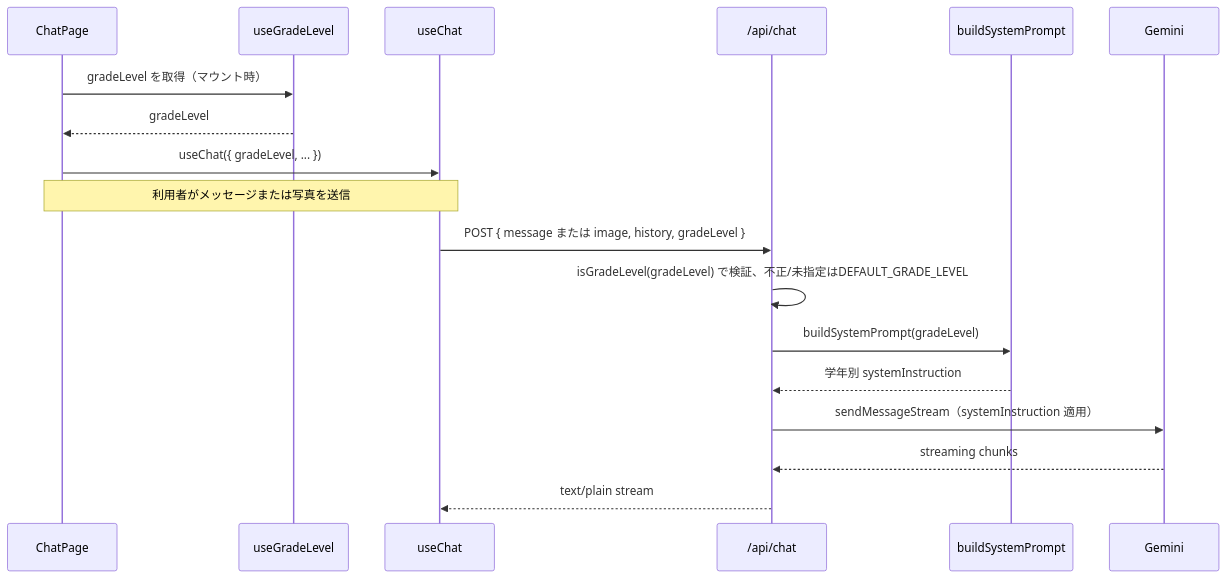
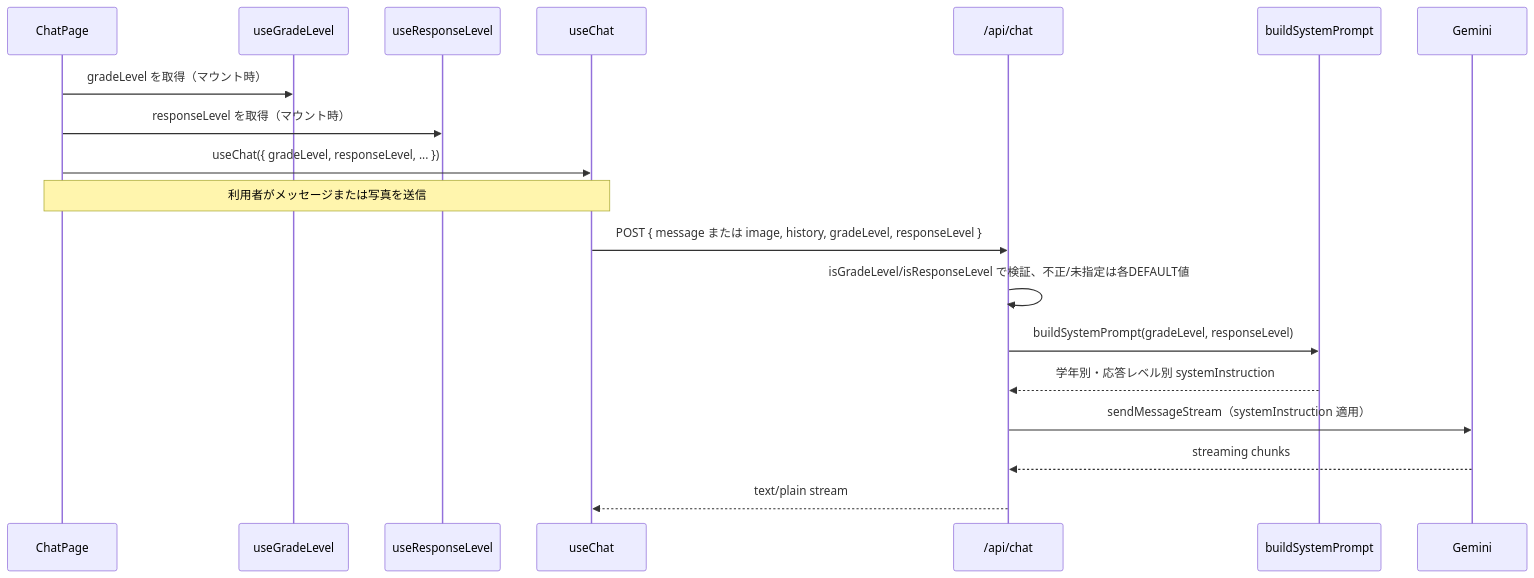
Before and after one commit to hayashida/my-coach-app: the third of 3 diagrams in .kiro/specs/grade-level-coaching/design.md, drawn with Mermaid. The commit also changed other lines of this file and 2 other files, not shown here.

First line of the commit message:
docs(grade-level-coaching): 応答レベル機能のrequirements/design/researchを更新

````diff
--- a/.kiro/specs/grade-level-coaching/design.md
+++ b/.kiro/specs/grade-level-coaching/design.md
@@ -201,21 +228,22 @@
 ```mermaid
 sequenceDiagram
     participant ChatPage_comp as ChatPage
     participant useGradeLevel_hook as useGradeLevel
+    participant useResponseLevel_hook as useResponseLevel
     participant useChat_hook as useChat
     participant ChatRoute as /api/chat
     participant SystemPrompt_lib as buildSystemPrompt
     participant GeminiAPI as Gemini
 
     ChatPage_comp->>useGradeLevel_hook: gradeLevel を取得（マウント時）
-    useGradeLevel_hook-->>ChatPage_comp: gradeLevel
-    ChatPage_comp->>useChat_hook: useChat({ gradeLevel, ... })
+    ChatPage_comp->>useResponseLevel_hook: responseLevel を取得（マウント時）
+    ChatPage_comp->>useChat_hook: useChat({ gradeLevel, responseLevel, ... })
     Note over ChatPage_comp,useChat_hook: 利用者がメッセージまたは写真を送信
-    useChat_hook->>ChatRoute: POST { message または image, history, gradeLevel }
-    ChatRoute->>ChatRoute: isGradeLevel(gradeLevel) で検証、不正/未指定はDEFAULT_GRADE_LEVEL
-    ChatRoute->>SystemPrompt_lib: buildSystemPrompt(gradeLevel)
-    SystemPrompt_lib-->>ChatRoute: 学年別 systemInstruction
+    useChat_hook->>ChatRoute: POST { message または image, history, gradeLevel, responseLevel }
+    ChatRoute->>ChatRoute: isGradeLevel/isResponseLevel で検証、不正/未指定は各DEFAULT値
+    ChatRoute->>SystemPrompt_lib: buildSystemPrompt(gradeLevel, responseLevel)
+    SystemPrompt_lib-->>ChatRoute: 学年別・応答レベル別 systemInstruction
     ChatRoute->>GeminiAPI: sendMessageStream（systemInstruction 適用）
     GeminiAPI-->>ChatRoute: streaming chunks
     ChatRoute-->>useChat_hook: text/plain stream
 ```
````
